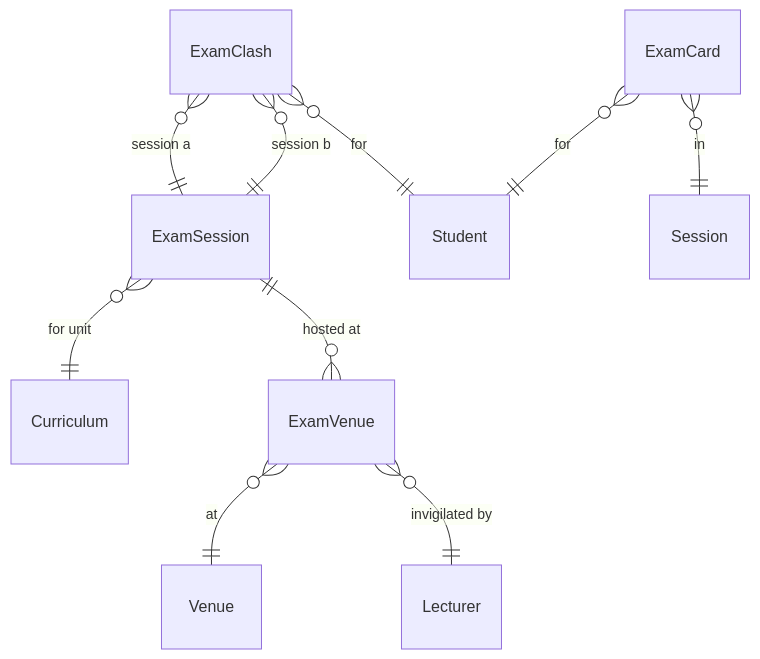
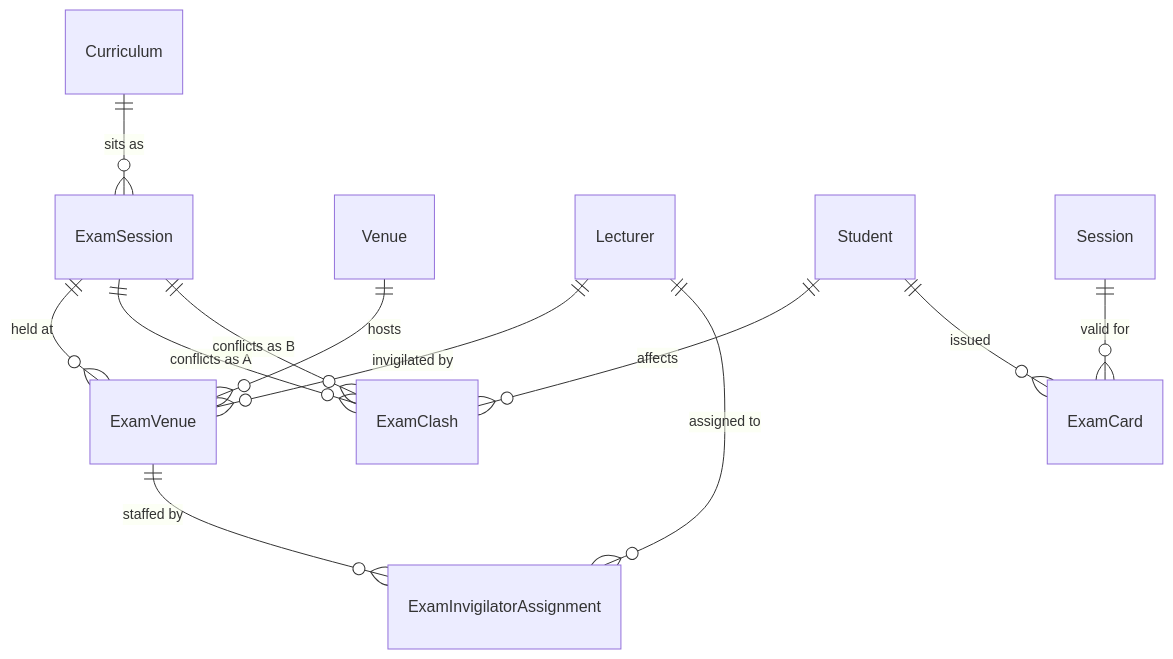
One commit to thelaughingbett/Naet changed diagram 11 of 17 in docs/er-diagram.md. Above: the diagram before and after it, drawn with Mermaid. The commit also changed other lines of this file and 14 other files, not shown here.

````diff
--- a/docs/er-diagram.md
+++ b/docs/er-diagram.md
@@ -83,13 +196,15 @@
 ```mermaid
 erDiagram
-direction TB
-ExamSession }o--|| Curriculum : "for unit"
-ExamSession ||--o{ ExamVenue : "hosted at"
-ExamVenue }o--|| Venue : "at"
-ExamVenue }o--|| Lecturer : "invigilated by"
-ExamClash }o--|| Student : "for"
-ExamClash }o--|| ExamSession : "session a"
-ExamClash }o--|| ExamSession : "session b"
-ExamCard }o--|| Student : "for"
-ExamCard }o--|| Session : "in"
+  direction TB
+  Curriculum ||--o{ ExamSession : "sits as"
+  ExamSession ||--o{ ExamVenue : "held at"
+  Venue ||--o{ ExamVenue : "hosts"
+  Lecturer ||--o{ ExamVenue : "invigilated by"
+  ExamVenue ||--o{ ExamInvigilatorAssignment : "staffed by"
+  Lecturer ||--o{ ExamInvigilatorAssignment : "assigned to"
+  ExamSession ||--o{ ExamClash : "conflicts as A"
+  ExamSession ||--o{ ExamClash : "conflicts as B"
+  Student ||--o{ ExamClash : "affects"
+  Student ||--o{ ExamCard : "issued"
+  Session ||--o{ ExamCard : "valid for"
 ```
````
